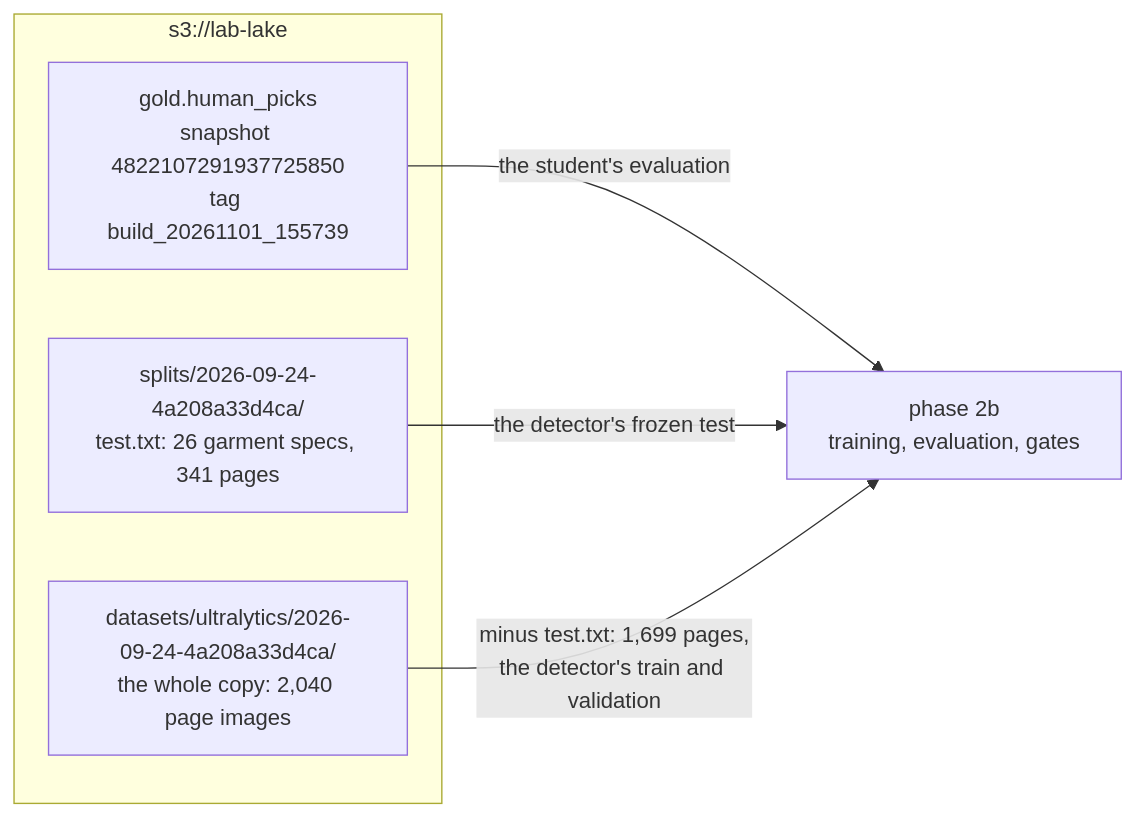
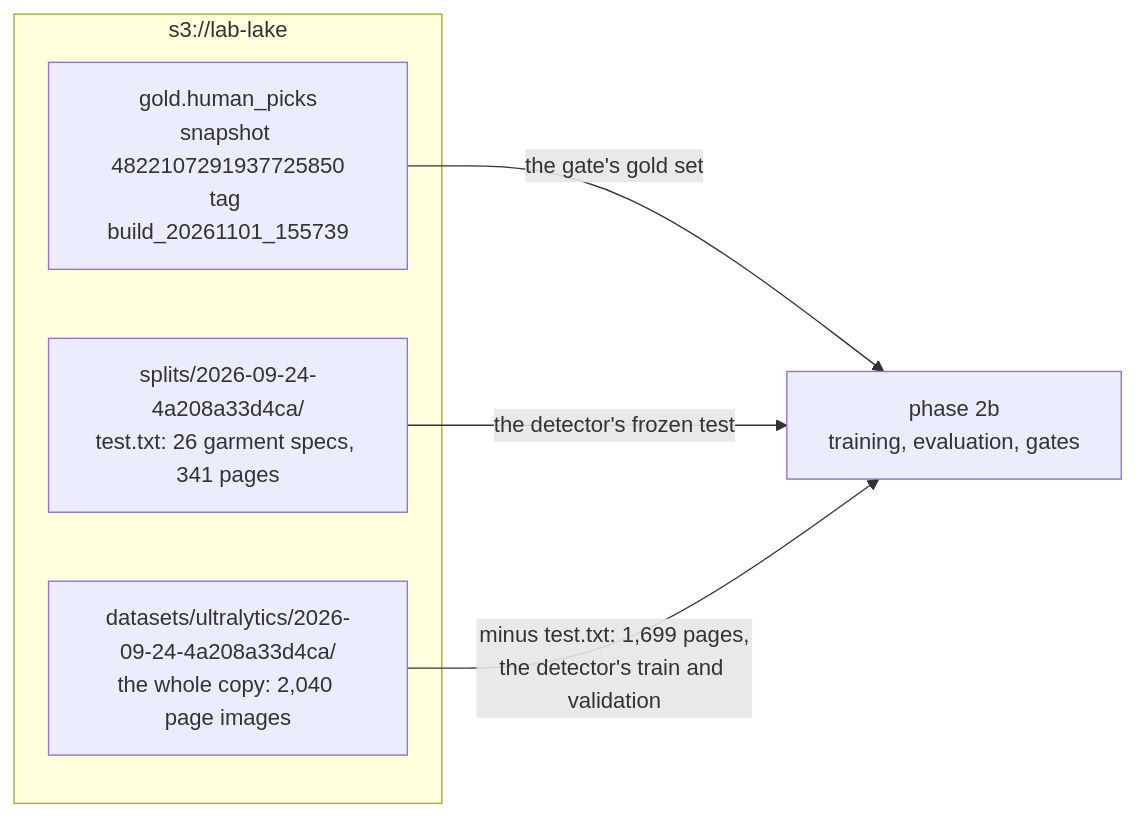
Before and after one commit to caokgit/ocr-platform: the fourth of 4 diagrams in docs/phases/phase-2a-data-path.md, drawn with Mermaid. The commit also changed other lines of this file and 17 other files, not shown here.

Commit message:
Problem statements and outcomes: the README and the design lead with P1 to P9 and T1 to T9; the roadmap to the whole platform (#4)

````diff
--- a/docs/phases/phase-2a-data-path.md
+++ b/docs/phases/phase-2a-data-path.md
@@ -210,11 +210,11 @@
 ```mermaid
 flowchart LR
   subgraph lake["s3://lab-lake"]
     g["gold.human_picks<br/>snapshot 4822107291937725850<br/>tag build_20261101_155739"]
     sp["splits/2026-09-24-4a208a33d4ca/<br/>test.txt: 26 garment specs, 341 pages"]
     dset["datasets/ultralytics/2026-09-24-4a208a33d4ca/<br/>the whole copy: 2,040 page images"]
   end
-  g -- "the student's evaluation" --> b2["phase 2b<br/>training, evaluation, gates"]
+  g -- "the gate's gold set" --> b2["phase 2b<br/>training, evaluation, gates"]
   sp -- "the detector's frozen test" --> b2
   dset -- "minus test.txt: 1,699 pages,<br/>the detector's train and validation" --> b2
 ```
````
